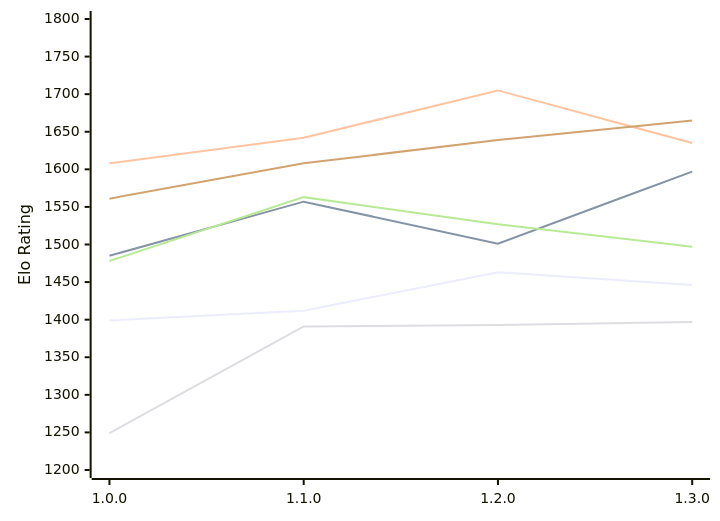
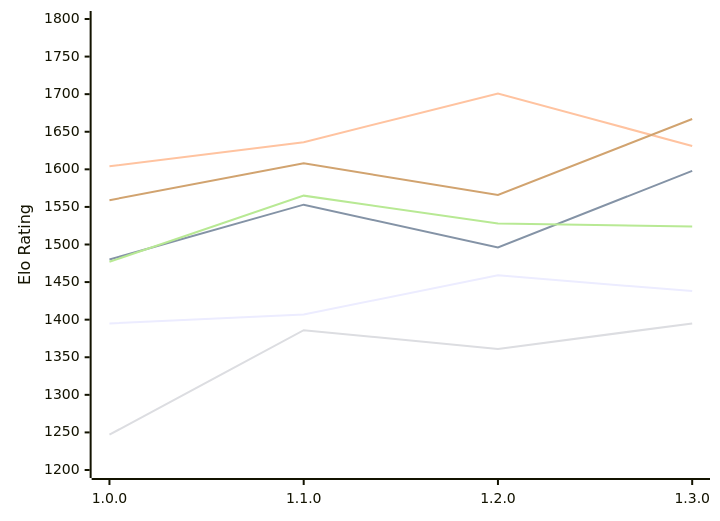
Before and after one commit to computer-chess-index/cci: the diagram in engines/Klak.md, drawn with Mermaid. The commit also changed other lines of this file, not shown here.

Commit message:
Update CCI Ratings (ELO VLTC) - 2026-11-21

````diff
--- a/engines/Klak.md
+++ b/engines/Klak.md
@@ -53,12 +53,12 @@
 ```mermaid
 %%{init: {"theme":"base","themeVariables":{"seriesColors:['#a3a3a3','#222221','#faa371']}}}%%
 xychart-beta
   x-axis ["1.0.0", "1.1.0", "1.2.0", "1.3.0"]
   y-axis "Elo Rating" 1200 --> 1800
-  line "E1: STC (8.0+0.08s)" [1399, 1412, 1463, 1446]
-  line "E1: LTC (60.0+0.60s)" [1485, 1557, 1501, 1597]
-  line "E1: VLTC (2m24s+1.12s)" [1608, 1642, 1705, 1635]
-  line "P1: STC (8.0+0.08s)" [1249, 1391, 1393, 1397]
-  line "P1: LTC (60.0+0.60s)" [1478, 1563, 1527, 1497]
-  line "P1: VLTC (2m24s+1.12s)" [1561, 1608, 1639, 1665]
+  line "E1: STC (8.0+0.08s)" [1395, 1407, 1459, 1438]
+  line "E1: LTC (60.0+0.60s)" [1480, 1553, 1496, 1598]
+  line "E1: VLTC (2m24s+1.12s)" [1604, 1636, 1701, 1631]
+  line "P1: STC (8.0+0.08s)" [1247, 1386, 1361, 1395]
+  line "P1: LTC (60.0+0.60s)" [1477, 1565, 1528, 1524]
+  line "P1: VLTC (2m24s+1.12s)" [1559, 1608, 1566, 1667]
 ```
````
